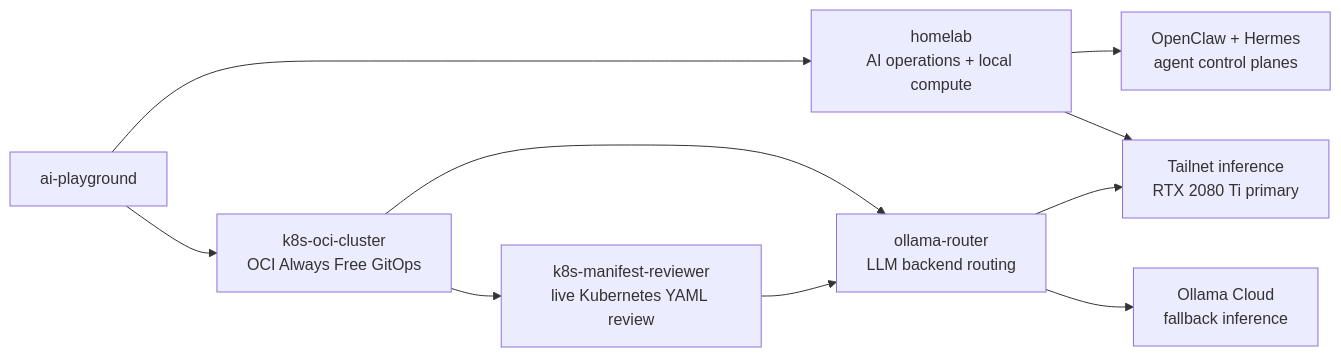
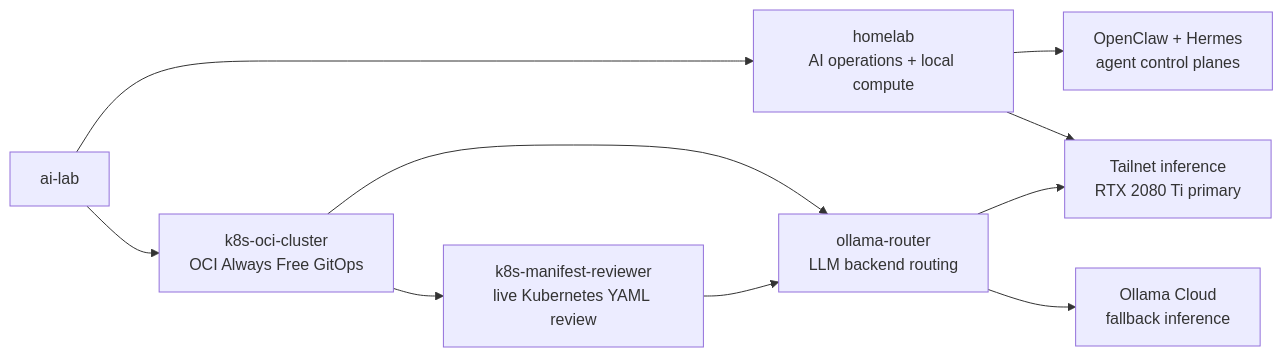
One commit to maslankalm/ai-playground changed the diagram in README.md. Above: the diagram before and after it, drawn with Mermaid. The commit also changed other lines of this file and 5 other files, not shown here.

````diff
--- a/README.md
+++ b/README.md
@@ -15,22 +15,22 @@
 ```mermaid
 flowchart LR
-    REPO["ai-playground"]
+    REPO["ai-lab"]
     HOMELAB["homelab<br/>AI operations + local compute"]
     K8S["k8s-oci-cluster<br/>OCI Always Free GitOps"]
     REVIEWER["k8s-manifest-reviewer<br/>live Kubernetes YAML review"]
     ROUTER["ollama-router<br/>LLM backend routing"]
     CLOUDLLM["Ollama Cloud<br/>fallback inference"]
 
     AGENTS["OpenClaw + Hermes<br/>agent control planes"]
     LAB["Tailnet inference<br/>RTX 2080 Ti primary"]
 
     REPO --> HOMELAB
     REPO --> K8S
     K8S --> REVIEWER
     K8S --> ROUTER
     HOMELAB --> AGENTS
     HOMELAB --> LAB
     REVIEWER --> ROUTER
     ROUTER --> LAB
     ROUTER --> CLOUDLLM
 ```
````
